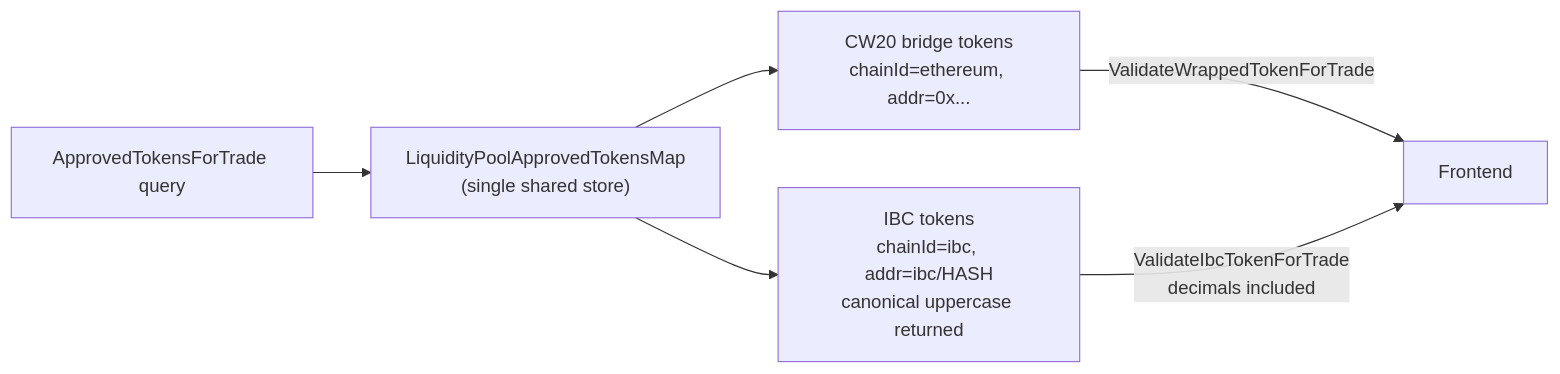
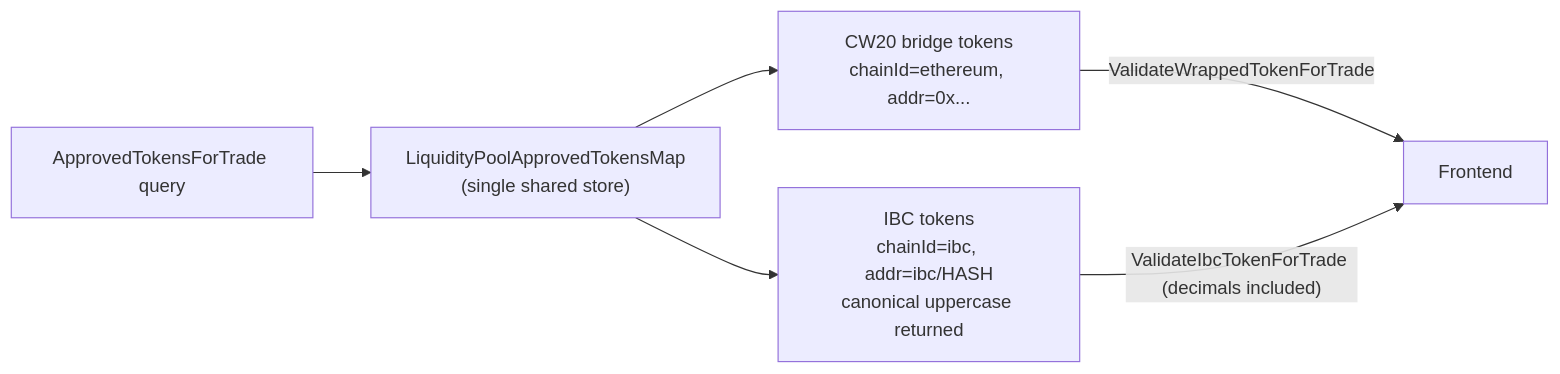
One commit to gonka-ai/gonka changed the eighth of 8 diagrams in proposals/ibc-pool-trade-support/token_cycle_infographic.md. Above: the diagram before and after it, drawn with Mermaid. The commit also changed other lines of this file and 949 other files, not shown here.

````diff
--- a/proposals/ibc-pool-trade-support/token_cycle_infographic.md
+++ b/proposals/ibc-pool-trade-support/token_cycle_infographic.md
@@ -125,8 +300,8 @@
 ```mermaid
 flowchart LR
-    Q["ApprovedTokensForTrade query"] --> MAP["LiquidityPoolApprovedTokensMap\n(single shared store)"]
-    MAP --> CW["CW20 bridge tokens\nchainId=ethereum, addr=0x..."]
-    MAP --> IBC["IBC tokens\nchainId=ibc, addr=ibc/HASH\ncanonical uppercase returned"]
+    Q["ApprovedTokensForTrade query"] --> MAP["LiquidityPoolApprovedTokensMap<br/>(single shared store)"]
+    MAP --> CW["CW20 bridge tokens<br/>chainId=ethereum, addr=0x..."]
+    MAP --> IBC["IBC tokens<br/>chainId=ibc, addr=ibc/HASH<br/>canonical uppercase returned"]
     CW -->|"ValidateWrappedTokenForTrade"| UI["Frontend"]
-    IBC -->|"ValidateIbcTokenForTrade\ndecimals included"| UI
+    IBC -->|"ValidateIbcTokenForTrade (decimals included)"| UI
 ```
````
